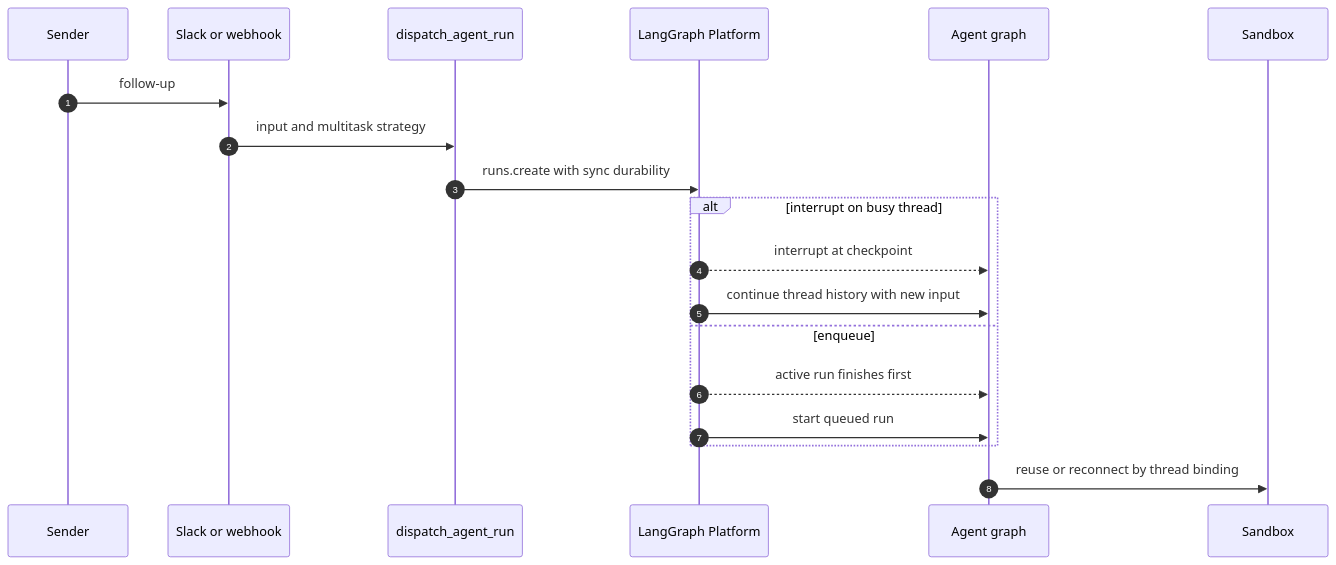
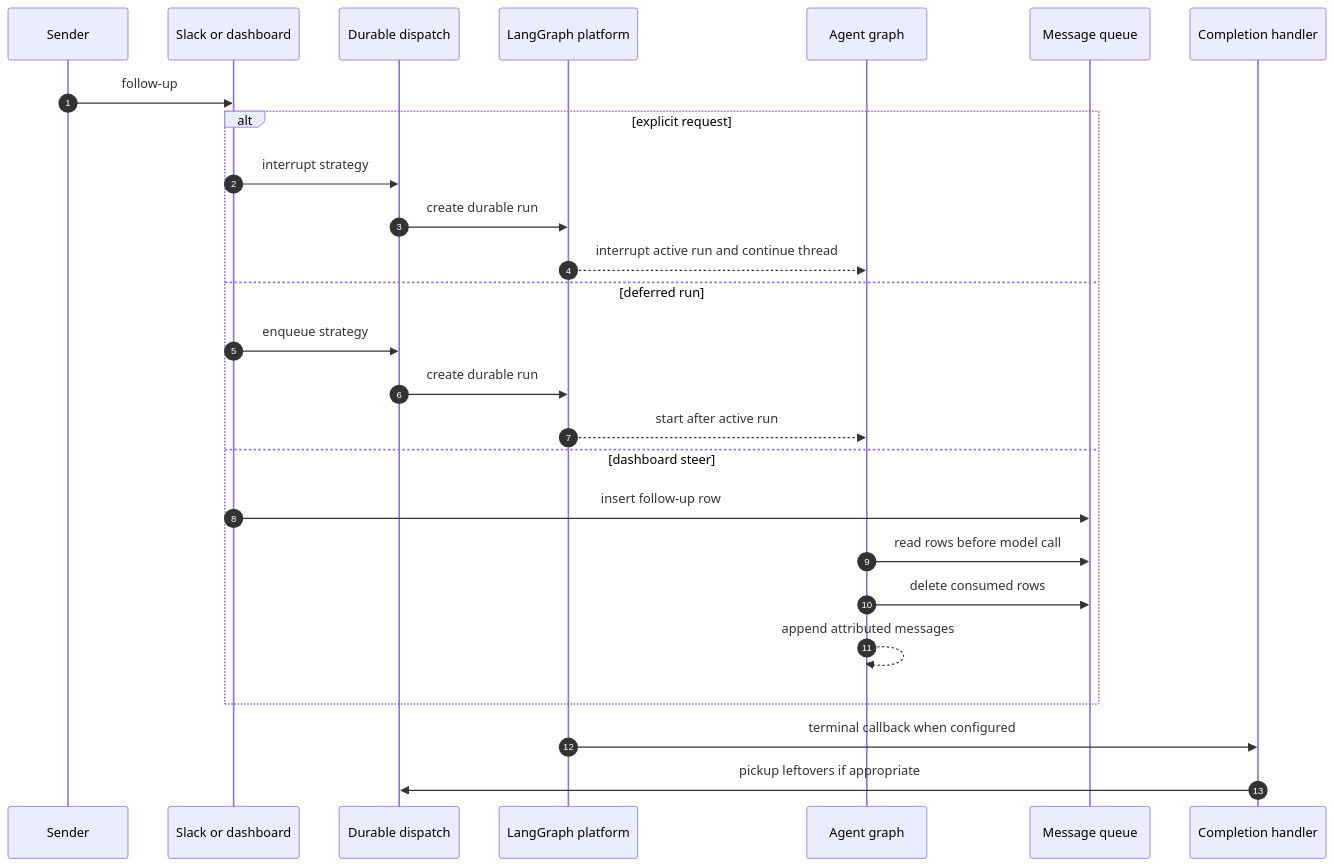
One commit to langchain-ai/open-swe changed the diagram in openwiki/workflows/follow-up-messages.md. Above: the diagram before and after it, drawn with Mermaid. The commit also changed other lines of this file and 59 other files, not shown here.

````diff
--- a/openwiki/workflows/follow-up-messages.md
+++ b/openwiki/workflows/follow-up-messages.md
@@ -94,22 +61,29 @@
 ```mermaid
 sequenceDiagram
     autonumber
     participant Sender
-    participant Trigger as Slack or webhook
-    participant Dispatch as dispatch_agent_run
-    participant Platform as LangGraph Platform
+    participant Entry as Slack or dashboard
+    participant Dispatch as Durable dispatch
+    participant Platform as LangGraph platform
     participant Agent as Agent graph
-    participant Sandbox
+    participant Queue as Message queue
+    participant Complete as Completion handler
 
-    Sender->>Trigger: follow-up
-    Trigger->>Dispatch: input and multitask strategy
-    Dispatch->>Platform: runs.create with sync durability
-    alt interrupt on busy thread
-        Platform-->>Agent: interrupt at checkpoint
-        Platform->>Agent: continue thread history with new input
-    else enqueue
-        Platform-->>Agent: active run finishes first
-        Platform->>Agent: start queued run
+    Sender->>Entry: follow-up
+    alt explicit request
+        Entry->>Dispatch: interrupt strategy
+        Dispatch->>Platform: create durable run
+        Platform-->>Agent: interrupt active run and continue thread
+    else deferred run
+        Entry->>Dispatch: enqueue strategy
+        Dispatch->>Platform: create durable run
+        Platform-->>Agent: start after active run
+    else dashboard steer
+        Entry->>Queue: insert follow-up row
+        Agent->>Queue: read rows before model call
+        Agent->>Queue: delete consumed rows
+        Agent-->>Agent: append attributed messages
     end
-    Agent->>Sandbox: reuse or reconnect by thread binding
+    Platform->>Complete: terminal callback when configured
+    Complete->>Dispatch: pickup leftovers if appropriate
 ```
````
